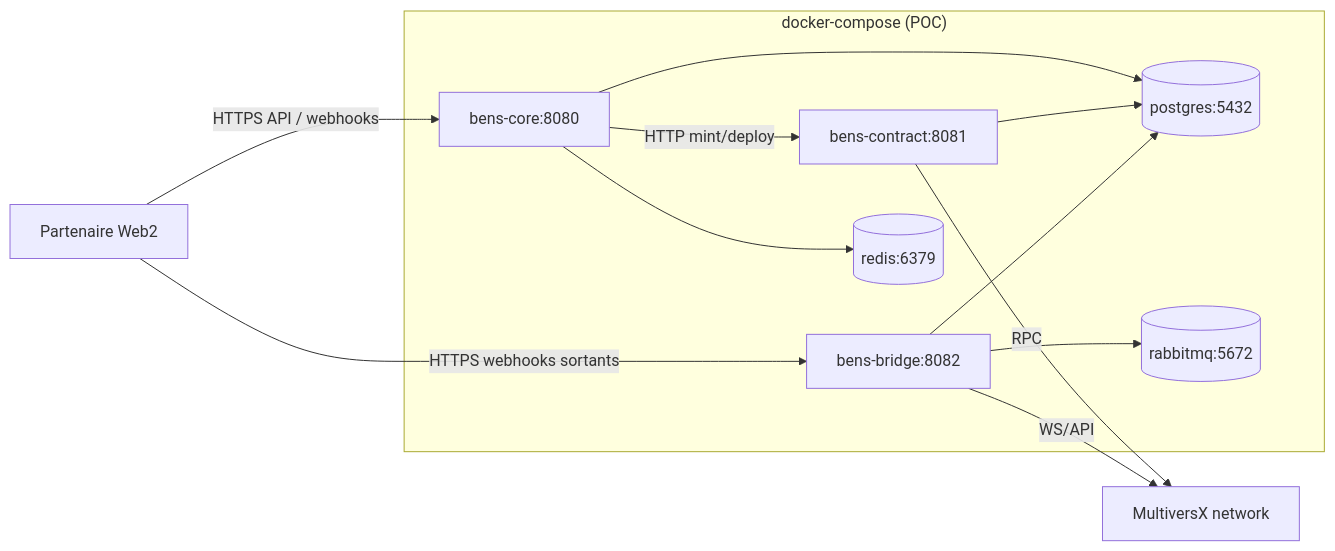
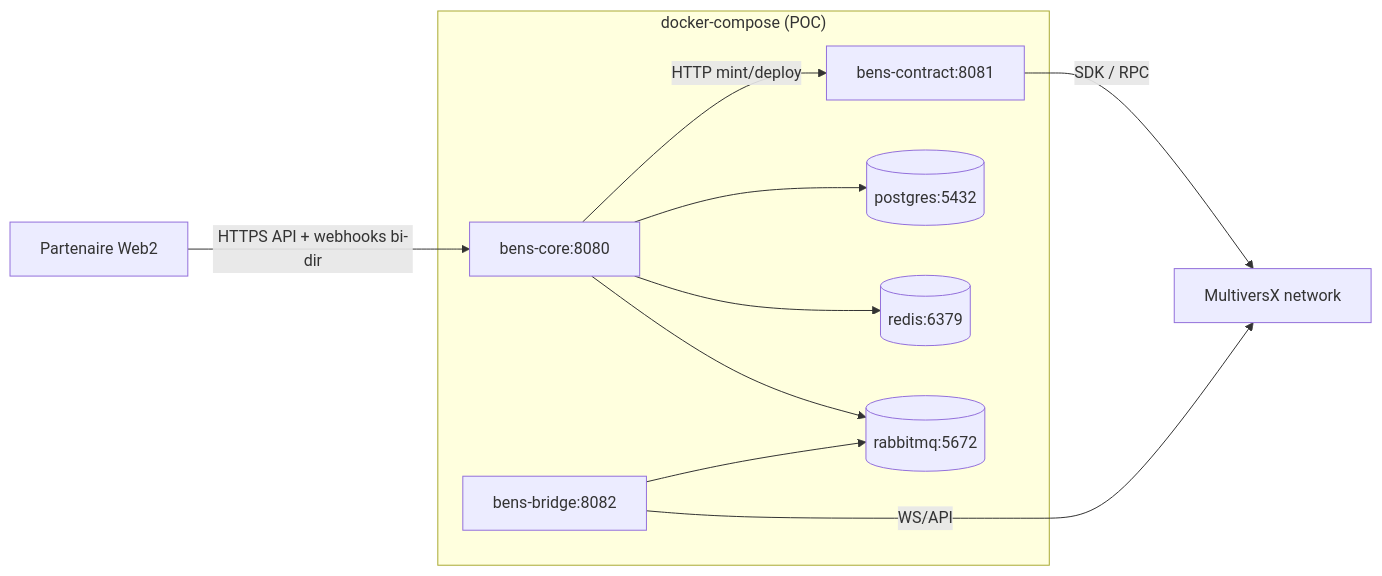
Before and after one commit to 2025-10-CDA-ECO-P6/bens: the fourth of 4 diagrams in docs/03-conception/architecture.md, drawn with Mermaid. The commit also changed other lines of this file and 7 other files, not shown here.

First line of the commit message:
docs: aligner Core/Contract/Bridge sur la confirmation on-chain via RabbitMQ

````diff
--- a/docs/03-conception/architecture.md
+++ b/docs/03-conception/architecture.md
@@ -354,22 +374,20 @@
 ```mermaid
 flowchart LR
   subgraph DockerCompose["docker-compose (POC)"]
     CoreC[bens-core:8080]
     ContractC[bens-contract:8081]
     BridgeC[bens-bridge:8082]
     PGC[(postgres:5432)]
     RDC[(redis:6379)]
     MQC[(rabbitmq:5672)]
   end
 
-  Partner[Partenaire Web2] -->|HTTPS API / webhooks| CoreC
-  Partner -->|HTTPS webhooks sortants| BridgeC
+  Partner[Partenaire Web2] -->|HTTPS API + webhooks bi-dir| CoreC
   CoreC --> PGC
   CoreC --> RDC
+  CoreC --> MQC
   CoreC -->|HTTP mint/deploy| ContractC
-  ContractC --> PGC
-  ContractC -->|RPC| MXNet[MultiversX network]
-  BridgeC --> PGC
+  ContractC -->|SDK / RPC| MXNet[MultiversX network]
   BridgeC --> MQC
   BridgeC -->|WS/API| MXNet
 ```
````
